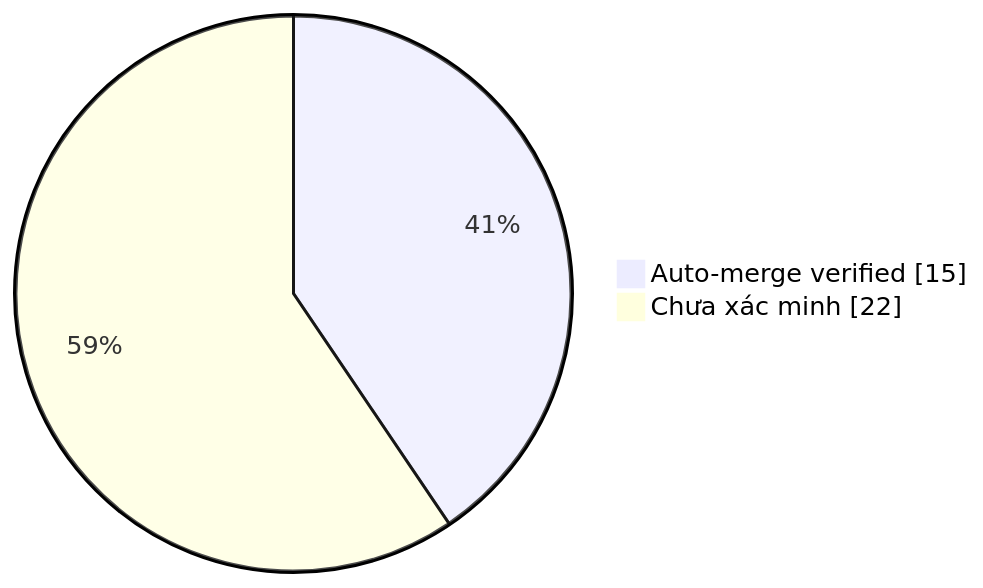
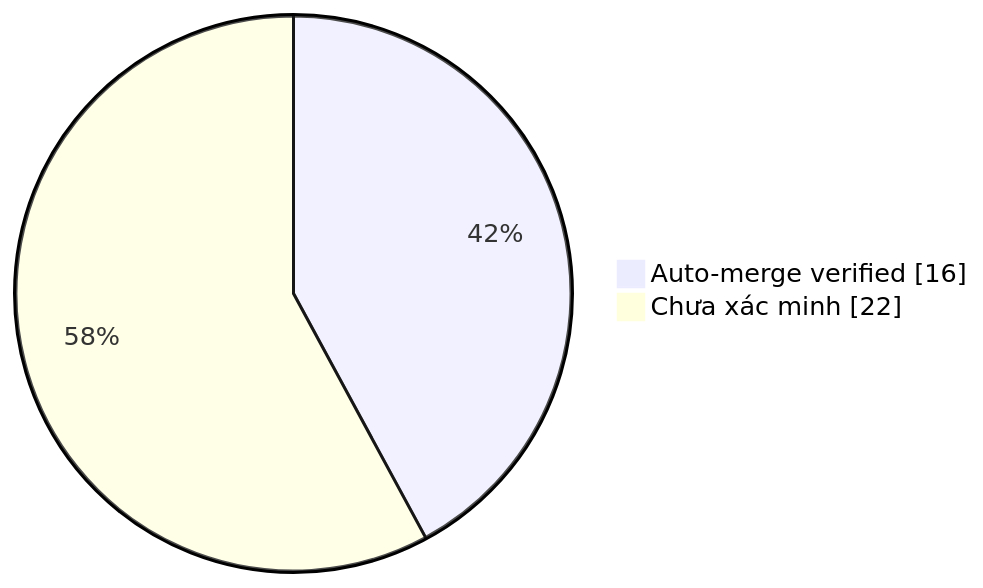
The diagram in collector.md (duykhang68/tetdinhmuiblog), drawn with Mermaid before and after one commit. The commit also changed other lines of this file and 1 other file, not shown here.

Commit message:
docs(collector): update auto-merge evidence dashboard

````diff
--- a/collector.md
+++ b/collector.md
@@ -22,5 +22,5 @@
 ```mermaid
 pie showData
-    "Auto-merge verified" : 15
+    "Auto-merge verified" : 16
     "Chưa xác minh" : 22
 ```
````
